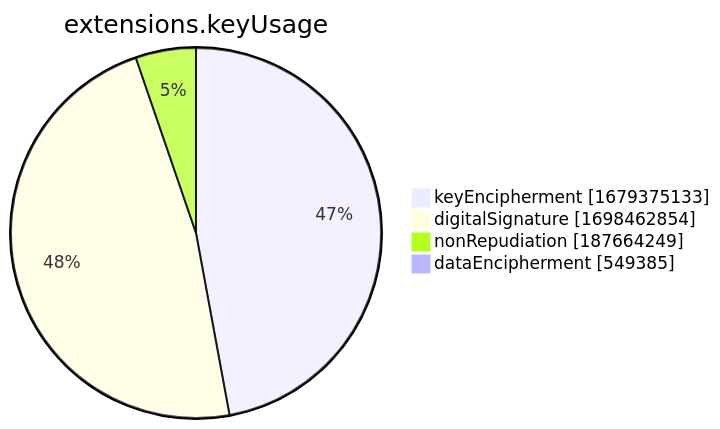
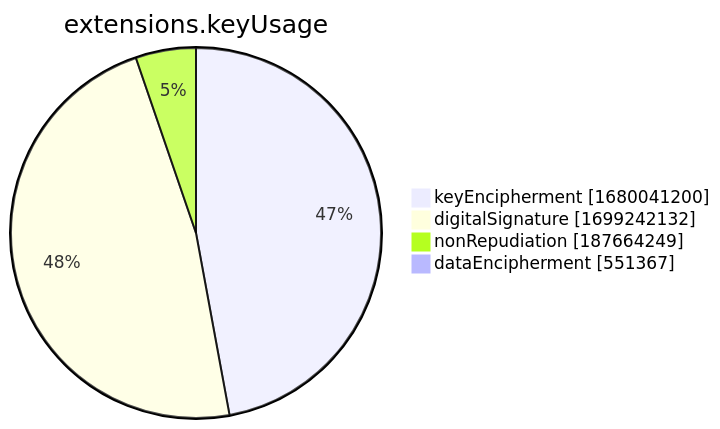
One commit to christiankrug/ctmonitor_visualization changed the seventh of 15 diagrams in xenon2022/README.md. Above: the diagram before and after it, drawn with Mermaid. The commit also changed other lines of this file, not shown here.

````diff
--- a/xenon2022/README.md
+++ b/xenon2022/README.md
@@ -2857,8 +2857,8 @@
 ```mermaid
 pie showData
 title extensions.keyUsage
-"keyEncipherment" :1679375133
-"digitalSignature" :1698462854
+"keyEncipherment" :1680041200
+"digitalSignature" :1699242132
 "nonRepudiation" :187664249
-"dataEncipherment" :549385
+"dataEncipherment" :551367
 ```
````
